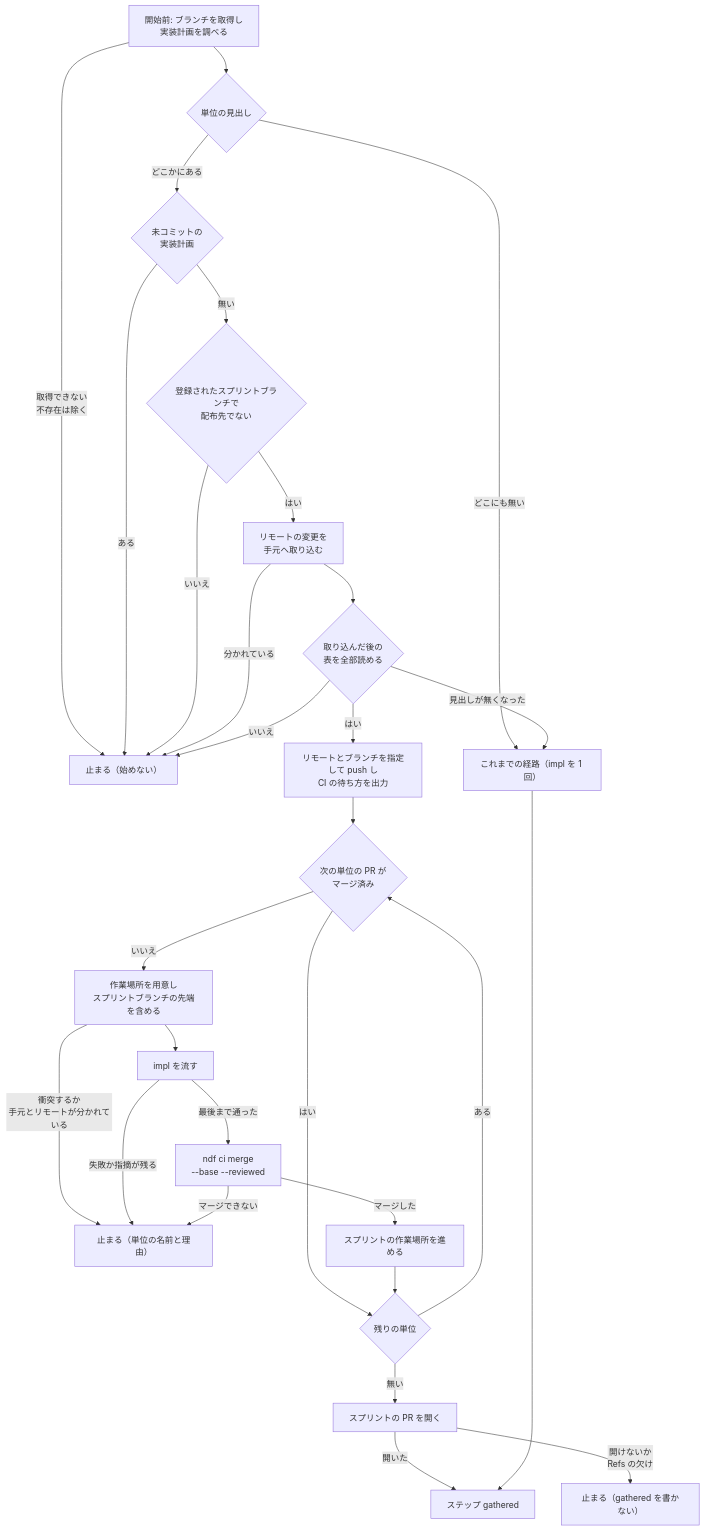
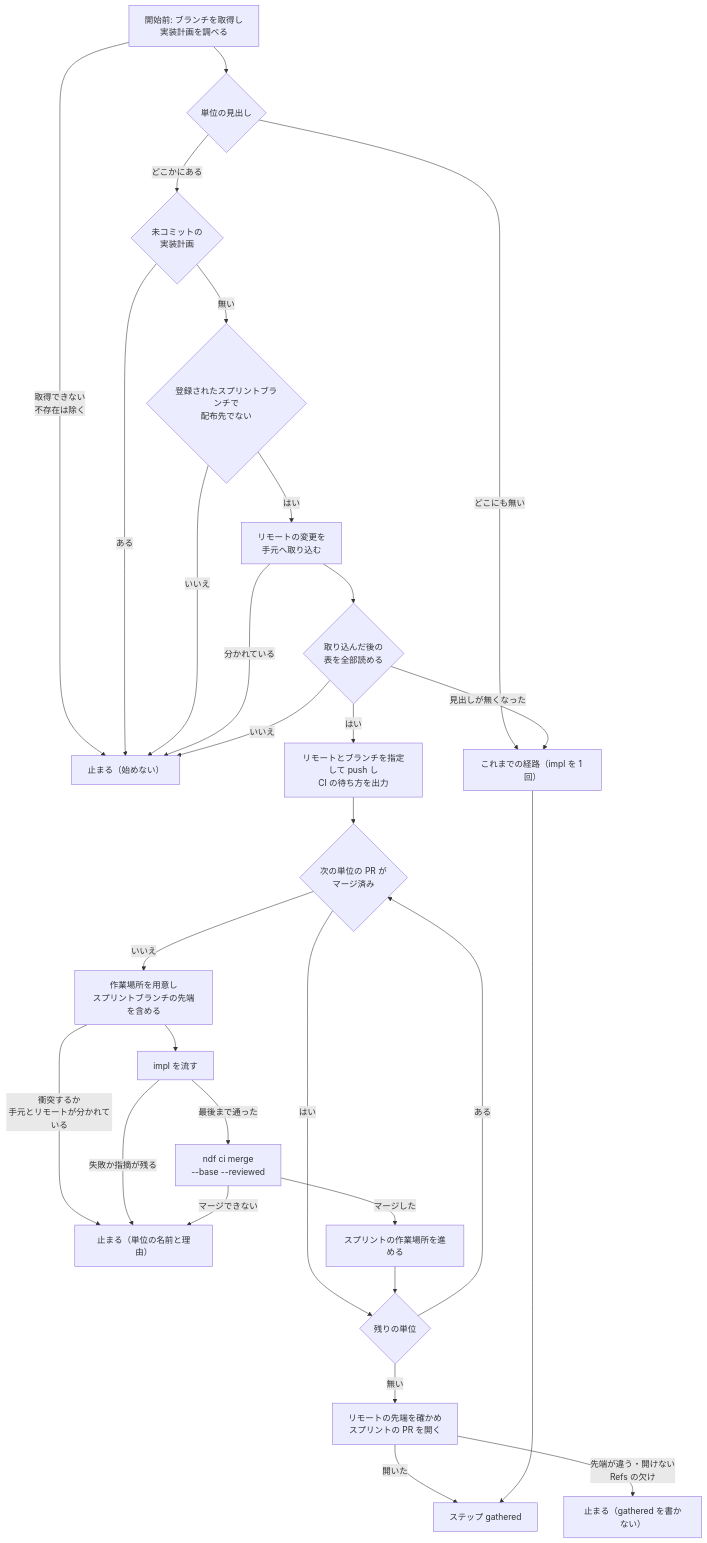
One commit to devbasex/ai-plugins changed the fifth of 5 diagrams in issues/issue-4369-design.md. Above: the diagram before and after it, drawn with Mermaid. The commit also changed other lines of this file and 1 other file, not shown here.

````diff
--- a/issues/issue-4369-design.md
+++ b/issues/issue-4369-design.md
@@ -246,31 +249,31 @@
 ```mermaid
 flowchart TB
   A["開始前: ブランチを取得し<br/>実装計画を調べる"] --> B{"単位の見出し"}
   A -->|取得できない<br/>不存在は除く| E
   B -->|どこにも無い| C["これまでの経路（impl を 1 回）"]
   B -->|どこかにある| Q{"未コミットの<br/>実装計画"}
   Q -->|ある| E
   Q -->|無い| D{"登録されたスプリントブランチで<br/>配布先でない"}
   D -->|いいえ| E["止まる（始めない）"]
   D -->|はい| F["リモートの変更を<br/>手元へ取り込む"]
   F -->|分かれている| E
   F --> R{"取り込んだ後の<br/>表を全部読める"}
   R -->|見出しが無くなった| C
   R -->|いいえ| E
   R -->|はい| S["リモートとブランチを指定して push し<br/>CI の待ち方を出力"]
   S --> H{"次の単位の PR が<br/>マージ済み"}
   H -->|はい| N{"残りの単位"}
   H -->|いいえ| W["作業場所を用意し<br/>スプリントブランチの先端を含める"]
   W -->|衝突するか<br/>手元とリモートが分かれている| X
   W --> P["impl を流す"]
   P -->|失敗か指摘が残る| X["止まる（単位の名前と理由）"]
   P -->|最後まで通った| M["ndf ci merge<br/>--base --reviewed"]
   M -->|マージできない| X
   M -->|マージした| V["スプリントの作業場所を進める"]
   V --> N
   N -->|ある| H
-  N -->|無い| Z["スプリントの PR を開く"]
-  Z -->|開けないか<br/>Refs の欠け| Y["止まる（gathered を書かない）"]
+  N -->|無い| Z["リモートの先端を確かめ<br/>スプリントの PR を開く"]
+  Z -->|先端が違う・開けない<br/>Refs の欠け| Y["止まる（gathered を書かない）"]
   Z -->|開いた| G["ステップ gathered"]
   C --> G
 ```
````
